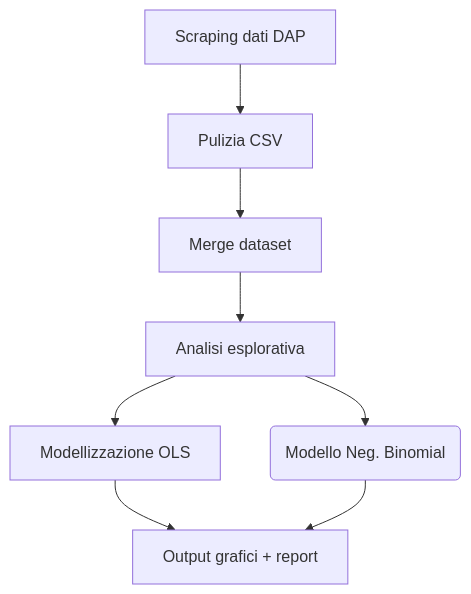
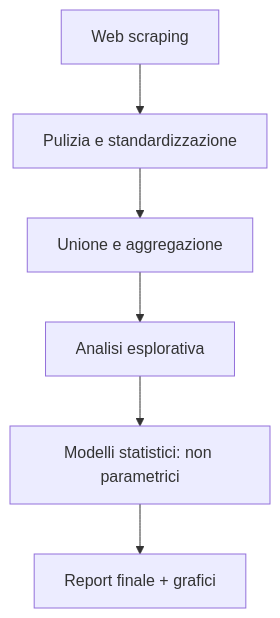
Before and after one commit to gregpetru/Human_data_science: the diagram in README.md, drawn with Mermaid. The commit also changed other lines of this file, not shown here.

````diff
--- a/README.md
+++ b/README.md
@@ -49,9 +48,8 @@
 ```mermaid
 flowchart TD
-    A[Scraping dati DAP] --> B[Pulizia CSV]
-    B --> C[Merge dataset]
+    A[Web scraping] --> B[Pulizia e standardizzazione]
+    B --> C[Unione e aggregazione]
     C --> D[Analisi esplorativa]
-    D --> E[Modellizzazione OLS]
-    D --> F(Modello Neg. Binomial)
-    E & F --> G[Output grafici + report]
+    D --> E[Modelli statistici: non parametrici]
+    E --> F[Report finale + grafici]
 ```
````
